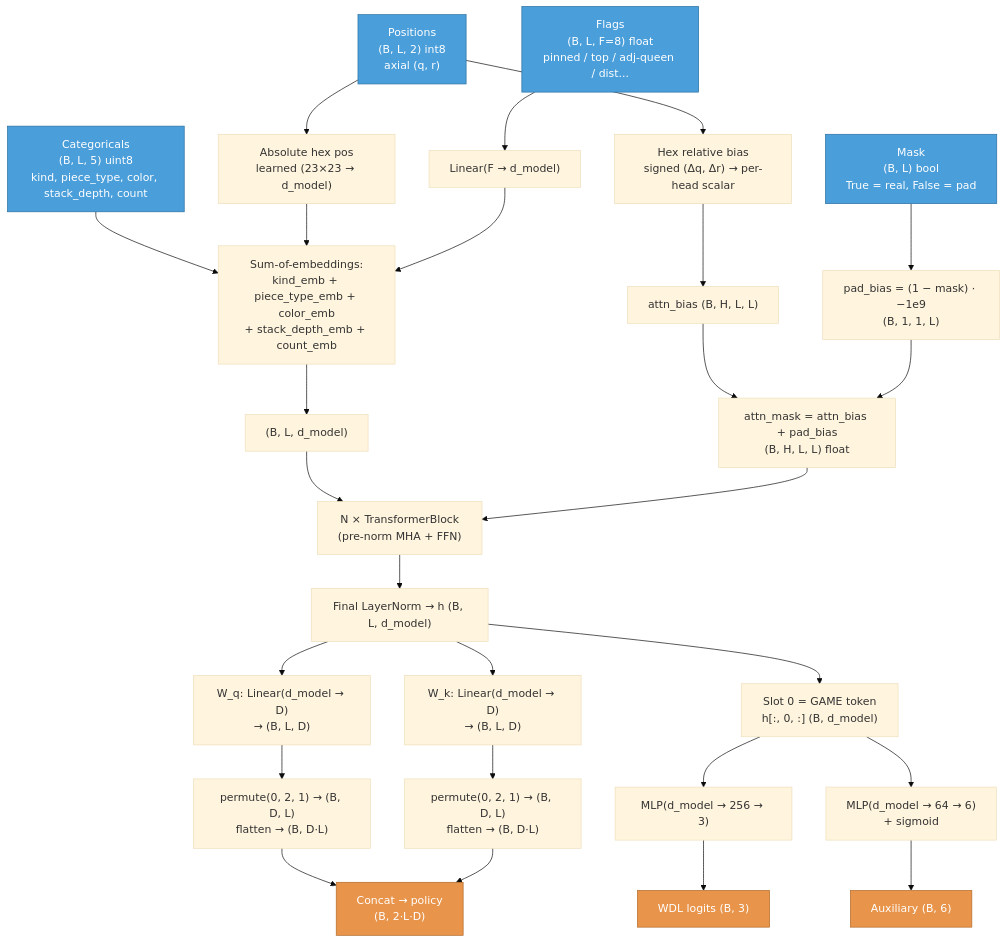
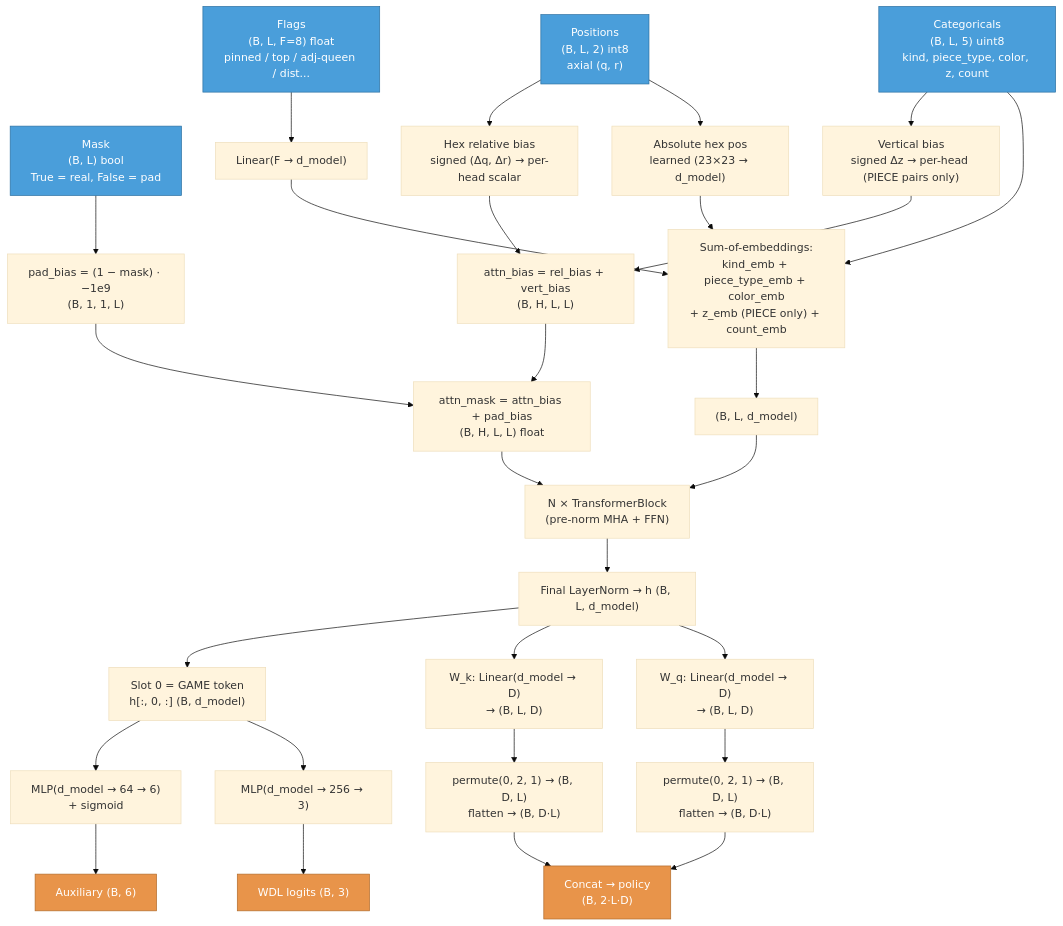
Before and after one commit to wldevries/hive-zero: the diagram in docs/hive_model_transformers.md, drawn with Mermaid (base theme). The commit also changed other lines of this file and 6 other files, not shown here.

````diff
--- a/docs/hive_model_transformers.md
+++ b/docs/hive_model_transformers.md
@@ -13,40 +13,42 @@
 ```mermaid
 graph TD
-    CAT["Categoricals<br/>(B, L, 5) uint8<br/>kind, piece_type, color, stack_depth, count"]:::input
+    CAT["Categoricals<br/>(B, L, 5) uint8<br/>kind, piece_type, color, z, count"]:::input
     POS["Positions<br/>(B, L, 2) int8<br/>axial (q, r)"]:::input
     FLG["Flags<br/>(B, L, F=8) float<br/>pinned / top / adj-queen / dist..."]:::input
     MSK["Mask<br/>(B, L) bool<br/>True = real, False = pad"]:::input
 
-    CAT --> EMB["Sum-of-embeddings:<br/>kind_emb + piece_type_emb + color_emb<br/>+ stack_depth_emb + count_emb"]
+    CAT --> EMB["Sum-of-embeddings:<br/>kind_emb + piece_type_emb + color_emb<br/>+ z_emb (PIECE only) + count_emb"]
     POS --> APE["Absolute hex pos<br/>learned (23×23 → d_model)"]
     APE --> EMB
     FLG --> FP["Linear(F → d_model)"]
     FP --> EMB
     EMB --> X["(B, L, d_model)"]
 
     POS --> REL["Hex relative bias<br/>signed (Δq, Δr) → per-head scalar"]
-    REL --> AB["attn_bias (B, H, L, L)"]
+    CAT --> VB["Vertical bias<br/>signed Δz → per-head (PIECE pairs only)"]
+    REL --> AB["attn_bias = rel_bias + vert_bias<br/>(B, H, L, L)"]
+    VB --> AB
     MSK --> PB["pad_bias = (1 − mask) · −1e9<br/>(B, 1, 1, L)"]
     AB --> AM["attn_mask = attn_bias + pad_bias<br/>(B, H, L, L) float"]
     PB --> AM
 
     X --> TRUNK["N × TransformerBlock<br/>(pre-norm MHA + FFN)"]
     AM --> TRUNK
     TRUNK --> NORM["Final LayerNorm → h (B, L, d_model)"]
 
     NORM --> Q["W_q: Linear(d_model → D)<br/>→ (B, L, D)"]
     NORM --> K["W_k: Linear(d_model → D)<br/>→ (B, L, D)"]
     Q --> QPERM["permute(0, 2, 1) → (B, D, L)<br/>flatten → (B, D·L)"]
     K --> KPERM["permute(0, 2, 1) → (B, D, L)<br/>flatten → (B, D·L)"]
     QPERM --> POLOUT["Concat → policy<br/>(B, 2·L·D)"]:::output
     KPERM --> POLOUT
 
     NORM --> H0["Slot 0 = GAME token<br/>h[:, 0, :] (B, d_model)"]
     H0 --> VMLP["MLP(d_model → 256 → 3)"]
     VMLP --> VOUT["WDL logits (B, 3)"]:::output
     H0 --> AMLP["MLP(d_model → 64 → 6)<br/>+ sigmoid"]
     AMLP --> AOUT["Auxiliary (B, 6)"]:::output
 
     classDef input fill:#4a9eda,stroke:#2a6fa0,color:#fff
     classDef output fill:#e8944a,stroke:#b06a2a,color:#fff
 ```
````
